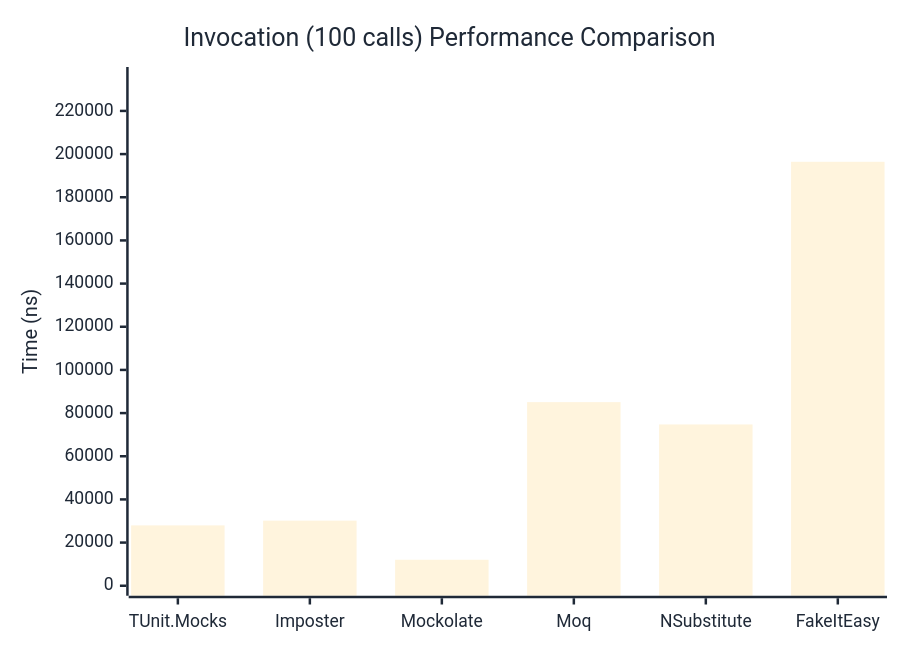
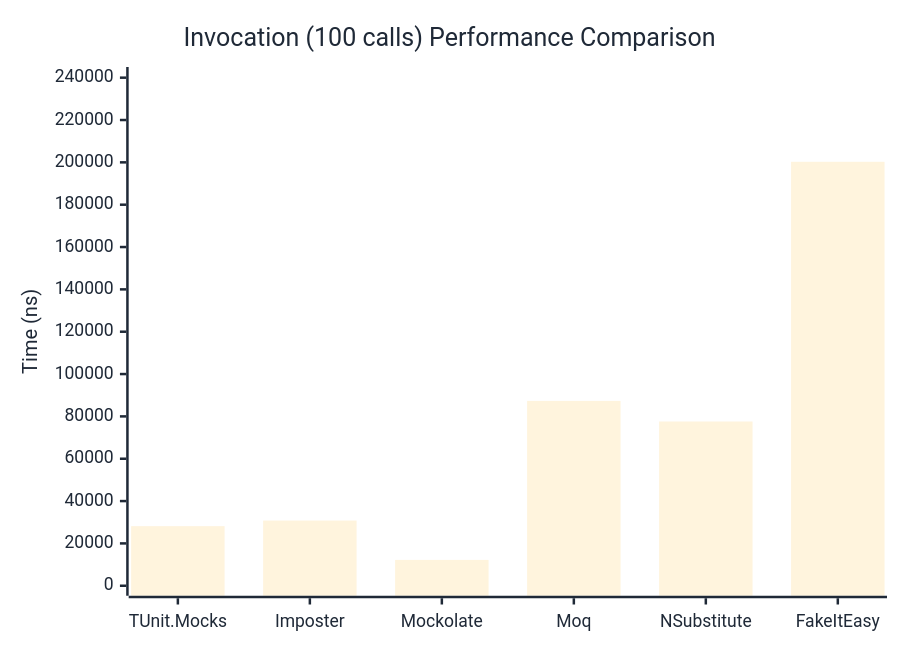
The third of 3 diagrams in docs/docs/benchmarks/mocks/Invocation.md (thomhurst/TUnit), drawn with Mermaid before and after one commit. The commit also changed other lines of this file and 14 other files, not shown here.

````diff
--- a/docs/docs/benchmarks/mocks/Invocation.md
+++ b/docs/docs/benchmarks/mocks/Invocation.md
@@ -112,27 +112,27 @@
 ```mermaid
 %%{init: {
   'theme':'base',
   'themeVariables': {
     'primaryColor': '#2563eb',
     'primaryTextColor': '#1f2937',
     'primaryBorderColor': '#1e40af',
     'lineColor': '#6b7280',
     'secondaryColor': '#7c3aed',
     'tertiaryColor': '#dc2626',
     'background': '#ffffff',
     'pie1': '#2563eb',
     'pie2': '#7c3aed',
     'pie3': '#dc2626',
     'pie4': '#f59e0b',
     'pie5': '#10b981',
     'pie6': '#06b6d4',
     'pie7': '#ec4899',
     'pie8': '#6366f1'
   }
 }}%%
 xychart-beta
   title "Invocation (100 calls) Performance Comparison"
   x-axis ["TUnit.Mocks", "Imposter", "Mockolate", "Moq", "NSubstitute", "FakeItEasy"]
-  y-axis "Time (ns)" 0 --> 235717
-  bar [27961.6, 30169.7, 12039, 85076.4, 74735, 196430.6]
+  y-axis "Time (ns)" 0 --> 240319
+  bar [28152.4, 30798.3, 12202, 87315.3, 77588.1, 200265.8]
 ```
````
